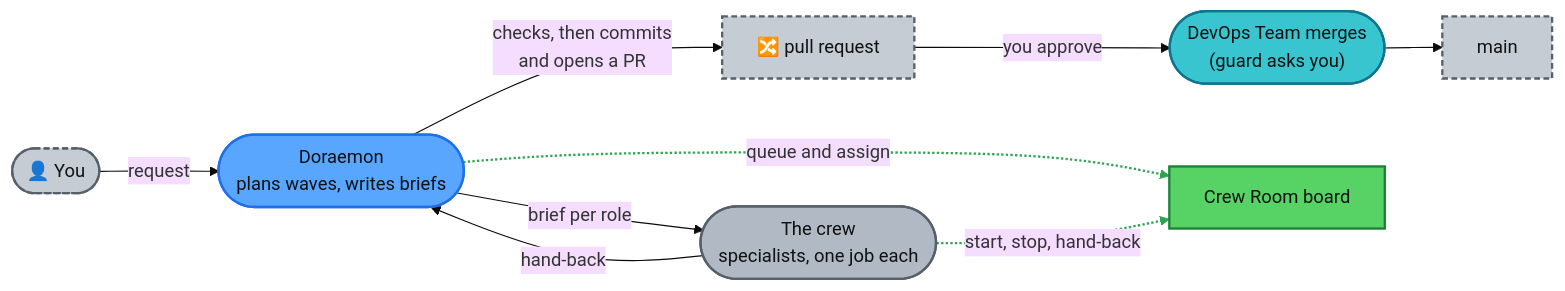
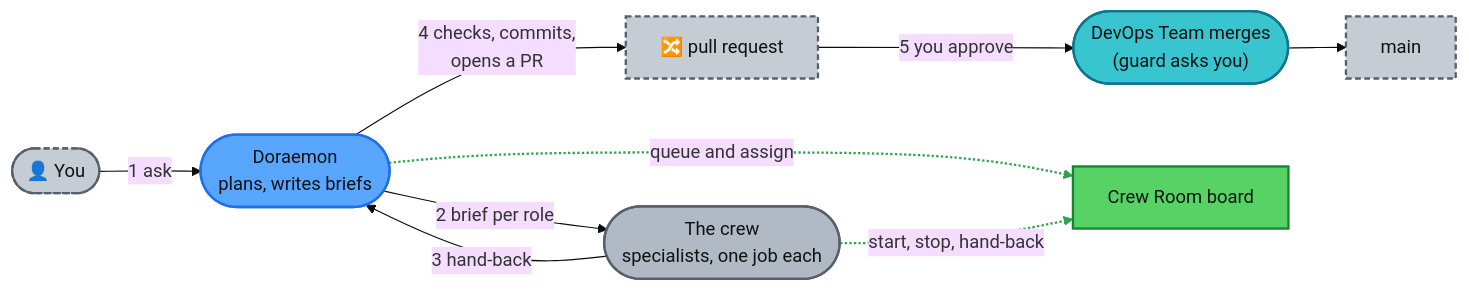
The first of 2 diagrams in README.md (amanpatil808/claude-crew), drawn with Mermaid (base theme) before and after one commit. The commit also changed other lines of this file and 1 other file, not shown here.

````diff
--- a/README.md
+++ b/README.md
@@ -75,18 +72,18 @@
 ```mermaid
 flowchart LR
-  OWN(["👤 You"]):::ext -->|"request"| DOR(["Doraemon<br/>plans waves, writes briefs"]):::mgmt
-  DOR -->|"brief per role"| TEAMS(["The crew<br/>specialists, one job each"]):::crew
-  TEAMS -->|"hand-back"| DOR
-  DOR -->|"checks, then commits<br/>and opens a PR"| PR["🔀 pull request"]:::ext
-  PR -->|"you approve"| MG(["DevOps Team merges<br/>(guard asks you)"]):::devops
+  OWN(["👤 You"]):::ext -->|"1 ask"| DOR(["Doraemon<br/>plans, writes briefs"]):::mgmt
+  DOR -->|"2 brief per role"| TEAMS(["The crew<br/>specialists, one job each"]):::crew
+  TEAMS -->|"3 hand-back"| DOR
+  DOR -->|"4 checks, commits,<br/>opens a PR"| PR["🔀 pull request"]:::ext
+  PR -->|"5 you approve"| MG(["DevOps Team merges<br/>(guard asks you)"]):::devops
   MG --> MAIN["main"]:::ext
   DOR -.->|"queue and assign"| BD["Crew Room board"]:::board
   TEAMS -.->|"start, stop, hand-back"| BD
 
   classDef mgmt fill:#58a6ff,stroke:#1f6feb,color:#111,stroke-width:2px
   classDef devops fill:#39c5cf,stroke:#0e7490,color:#111,stroke-width:2px
   classDef crew fill:#b1bac4,stroke:#57606a,color:#111,stroke-width:2px
   classDef board fill:#56d364,stroke:#1a7f37,color:#111,stroke-width:2px
   classDef ext fill:#c5ccd4,stroke:#57606a,color:#111,stroke-width:2px,stroke-dasharray:5 3
   linkStyle 6,7 stroke:#2da44e,stroke-width:2px
 ```
````
